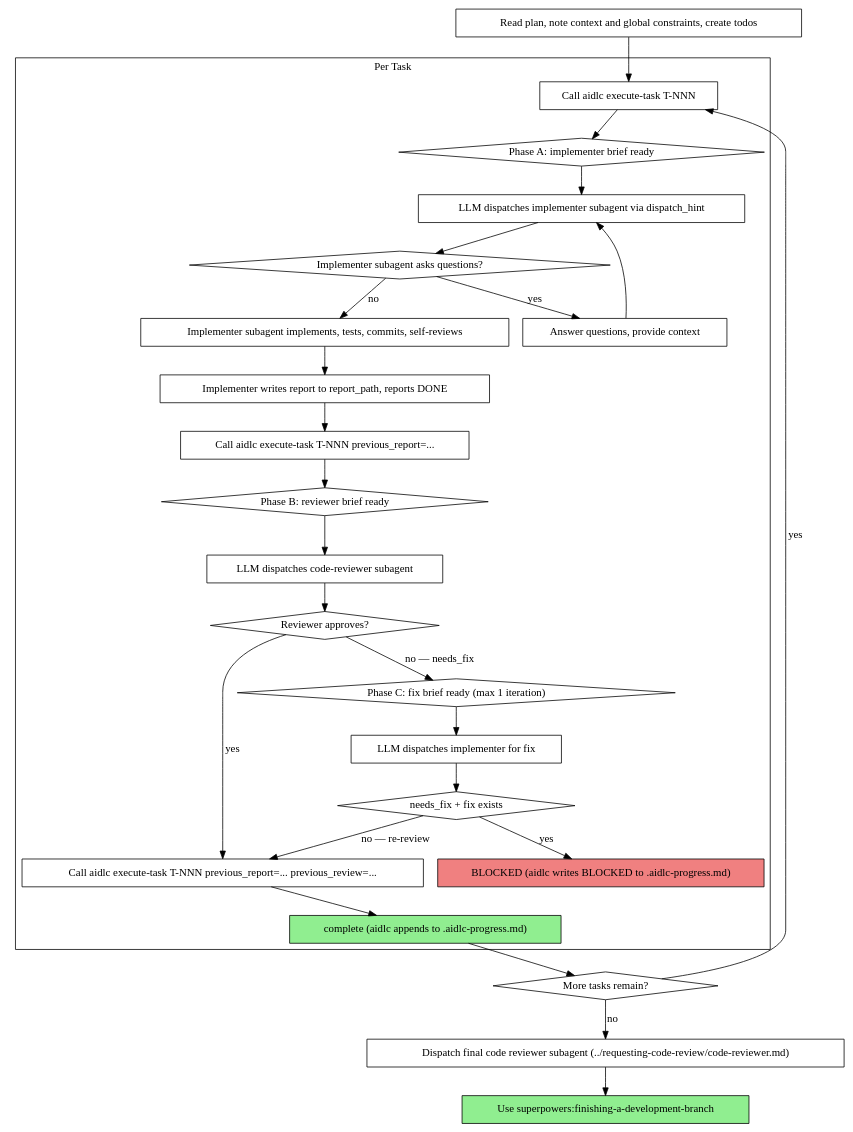
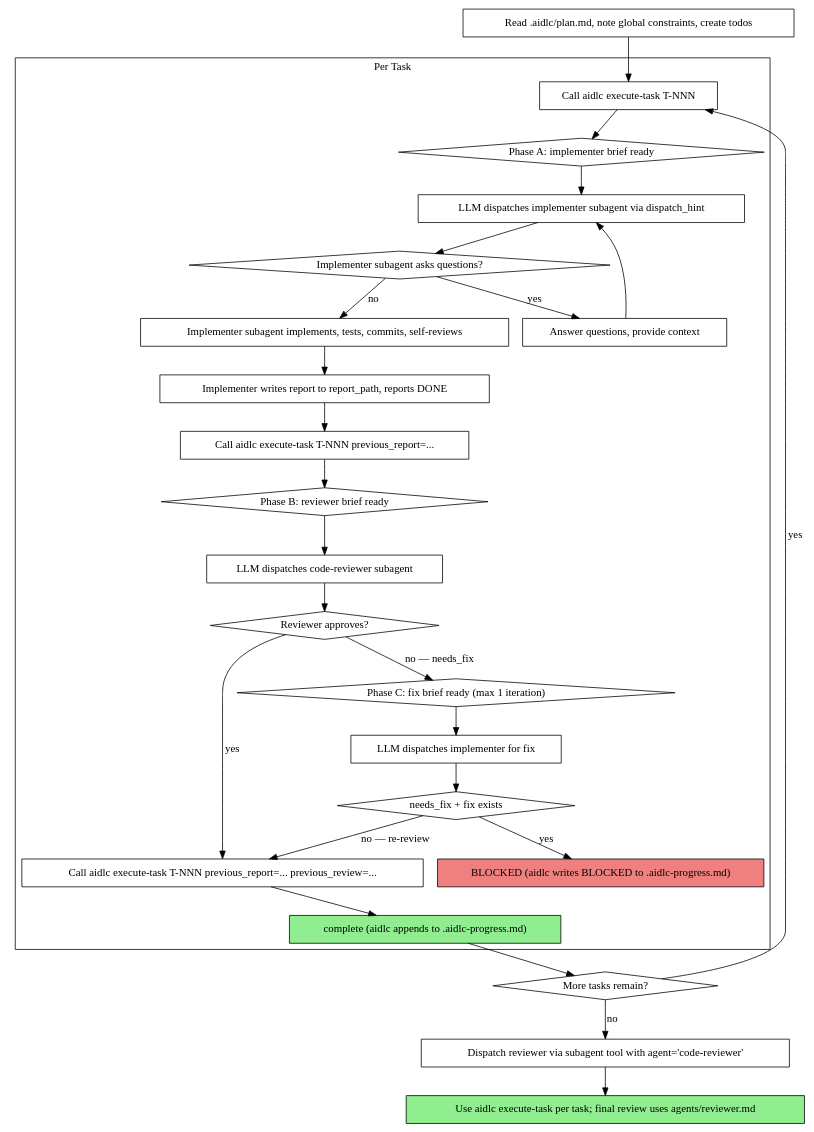
Before and after one commit to choguun/pi-extensions: the second of 2 diagrams in extensions/aidlc-workflow/skills/subagent-driven-development/SKILL.md, drawn with Graphviz. The commit also changed other lines of this file, not shown here.

````diff
--- a/extensions/aidlc-workflow/skills/subagent-driven-development/SKILL.md
+++ b/extensions/aidlc-workflow/skills/subagent-driven-development/SKILL.md
@@ -47,55 +47,55 @@
 ```dot
 digraph process {
     rankdir=TB;
 
     subgraph cluster_per_task {
         label="Per Task";
         "Call aidlc execute-task T-NNN" [shape=box];
         "Phase A: implementer brief ready" [shape=diamond];
         "LLM dispatches implementer subagent via dispatch_hint" [shape=box];
         "Implementer subagent asks questions?" [shape=diamond];
         "Answer questions, provide context" [shape=box];
         "Implementer subagent implements, tests, commits, self-reviews" [shape=box];
         "Implementer writes report to report_path, reports DONE" [shape=box];
         "Call aidlc execute-task T-NNN previous_report=..." [shape=box];
         "Phase B: reviewer brief ready" [shape=diamond];
         "LLM dispatches code-reviewer subagent" [shape=box];
         "Reviewer approves?" [shape=diamond];
         "Call aidlc execute-task T-NNN previous_report=... previous_review=..." [shape=box];
         "complete (aidlc appends to .aidlc-progress.md)" [shape=box style=filled fillcolor=lightgreen];
         "Phase C: fix brief ready (max 1 iteration)" [shape=diamond];
         "LLM dispatches implementer for fix" [shape=box];
         "needs_fix + fix exists" [shape=diamond];
         "BLOCKED (aidlc writes BLOCKED to .aidlc-progress.md)" [shape=box style=filled fillcolor=lightcoral];
     }
 
-    "Read plan, note context and global constraints, create todos" [shape=box];
+    "Read .aidlc/plan.md, note global constraints, create todos" [shape=box];
     "More tasks remain?" [shape=diamond];
-    "Dispatch final code reviewer subagent (../requesting-code-review/code-reviewer.md)" [shape=box];
-    "Use superpowers:finishing-a-development-branch" [shape=box style=filled fillcolor=lightgreen];
+    "Dispatch reviewer via subagent tool with agent='code-reviewer'" [shape=box];
+    "Use aidlc execute-task per task; final review uses agents/reviewer.md" [shape=box style=filled fillcolor=lightgreen];
 
-    "Read plan, note context and global constraints, create todos" -> "Call aidlc execute-task T-NNN";
+    "Read .aidlc/plan.md, note global constraints, create todos" -> "Call aidlc execute-task T-NNN";
     "Call aidlc execute-task T-NNN" -> "Phase A: implementer brief ready";
     "Phase A: implementer brief ready" -> "LLM dispatches implementer subagent via dispatch_hint";
     "LLM dispatches implementer subagent via dispatch_hint" -> "Implementer subagent asks questions?";
     "Implementer subagent asks questions?" -> "Answer questions, provide context" [label="yes"];
     "Answer questions, provide context" -> "LLM dispatches implementer subagent via dispatch_hint";
     "Implementer subagent asks questions?" -> "Implementer subagent implements, tests, commits, self-reviews" [label="no"];
     "Implementer subagent implements, tests, commits, self-reviews" -> "Implementer writes report to report_path, reports DONE";
     "Implementer writes report to report_path, reports DONE" -> "Call aidlc execute-task T-NNN previous_report=...";
     "Call aidlc execute-task T-NNN previous_report=..." -> "Phase B: reviewer brief ready";
     "Phase B: reviewer brief ready" -> "LLM dispatches code-reviewer subagent";
     "LLM dispatches code-reviewer subagent" -> "Reviewer approves?";
     "Reviewer approves?" -> "Call aidlc execute-task T-NNN previous_report=... previous_review=..." [label="yes"];
     "Call aidlc execute-task T-NNN previous_report=... previous_review=..." -> "complete (aidlc appends to .aidlc-progress.md)";
     "Reviewer approves?" -> "Phase C: fix brief ready (max 1 iteration)" [label="no — needs_fix"];
     "Phase C: fix brief ready (max 1 iteration)" -> "LLM dispatches implementer for fix";
     "LLM dispatches implementer for fix" -> "needs_fix + fix exists";
     "needs_fix + fix exists" -> "BLOCKED (aidlc writes BLOCKED to .aidlc-progress.md)" [label="yes"];
     "needs_fix + fix exists" -> "Call aidlc execute-task T-NNN previous_report=... previous_review=..." [label="no — re-review"];
     "complete (aidlc appends to .aidlc-progress.md)" -> "More tasks remain?";
     "More tasks remain?" -> "Call aidlc execute-task T-NNN" [label="yes"];
-    "More tasks remain?" -> "Dispatch final code reviewer subagent (../requesting-code-review/code-reviewer.md)" [label="no"];
-    "Dispatch final code reviewer subagent (../requesting-code-review/code-reviewer.md)" -> "Use superpowers:finishing-a-development-branch";
+    "More tasks remain?" -> "Dispatch reviewer via subagent tool with agent='code-reviewer'" [label="no"];
+    "Dispatch reviewer via subagent tool with agent='code-reviewer'" -> "Use aidlc execute-task per task; final review uses agents/reviewer.md";
 }
 ```
````
